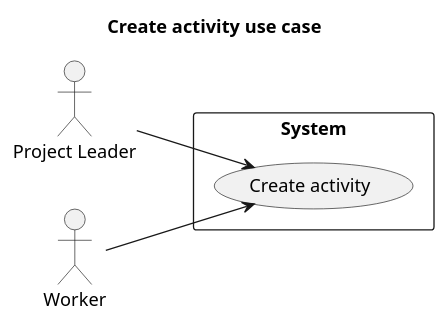
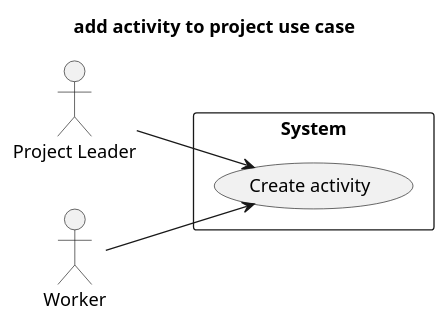
The first of 2 diagrams in usecases/Activity/create_activity.md (Shuhab-Siddigi/Software-Engineering), drawn with PlantUML before and after one commit. The commit also changed other lines of this file and 1 other file, not shown here.

Commit message:
ændret i use case diagram

````diff
--- a/usecases/Activity/create_activity.md
+++ b/usecases/Activity/create_activity.md
@@ -3,17 +3,17 @@
 ```plantuml
 @startuml
 left to right direction
-title Create activity use case
+title add activity to project use case
 actor "Project Leader" as pl
 actor "Worker" as wo
 
 rectangle System {
   usecase "Create activity" as UC3
 pl --> UC3
 wo --> UC3
 
 }
 
 
 @enduml
 ```
````
